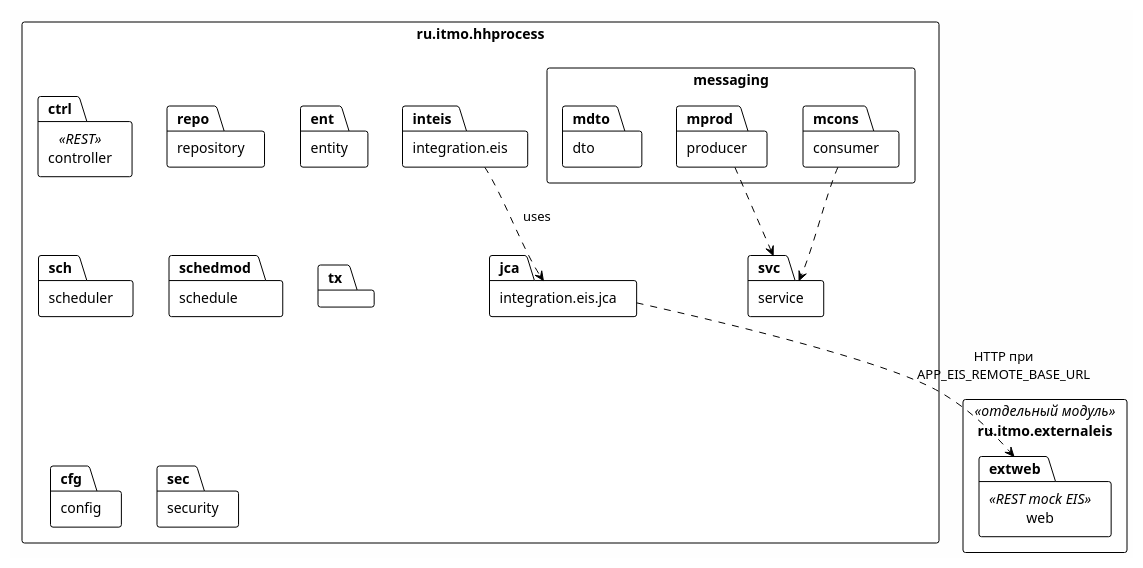
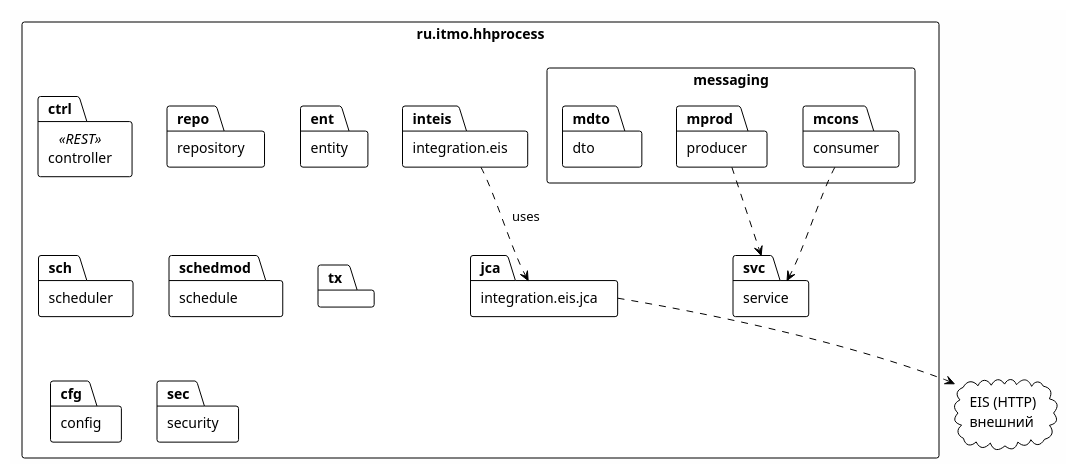
Before and after one commit to msuny-c/hh-process: the diagram in report/diagrams/packages.puml, drawn with PlantUML. The commit also changed 52 other files, not shown here.

```diff
--- a/report/diagrams/packages.puml
+++ b/report/diagrams/packages.puml
@@ -1,35 +1,32 @@
 @startuml packages_hhprocess
 !theme plain
 skinparam backgroundColor #FEFEFE
 skinparam packageStyle rectangle
 
 package "ru.itmo.hhprocess" {
   package "controller" as ctrl <<REST>>
   package "service" as svc
   package "repository" as repo
   package "entity" as ent
   package "messaging" as msg {
     package "producer" as mprod
     package "consumer" as mcons
     package "dto" as mdto
   }
   package "integration.eis" as inteis
   package "integration.eis.jca" as jca
   package "scheduler" as sch
   package "schedule" as schedmod
   package "tx" as tx
   package "config" as cfg
   package "security" as sec
 }
 
 inteis ..> jca : uses
 mcons ..> svc
 mprod ..> svc
 
-package "ru.itmo.externaleis" as extroot <<отдельный модуль>> {
-  package "web" as extweb <<REST mock EIS>>
-}
-
-jca ..> extweb : HTTP при\nAPP_EIS_REMOTE_BASE_URL
+cloud "EIS (HTTP)\nвнешний" as eiscloud
+jca ..> eiscloud
 
 @enduml
```
